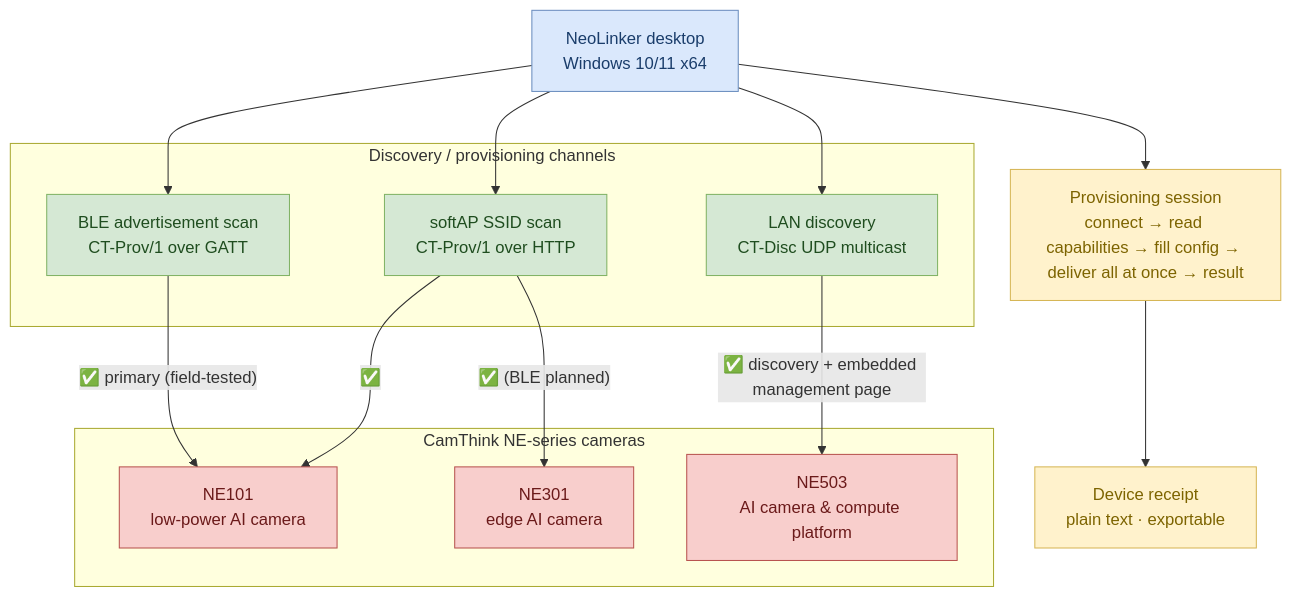
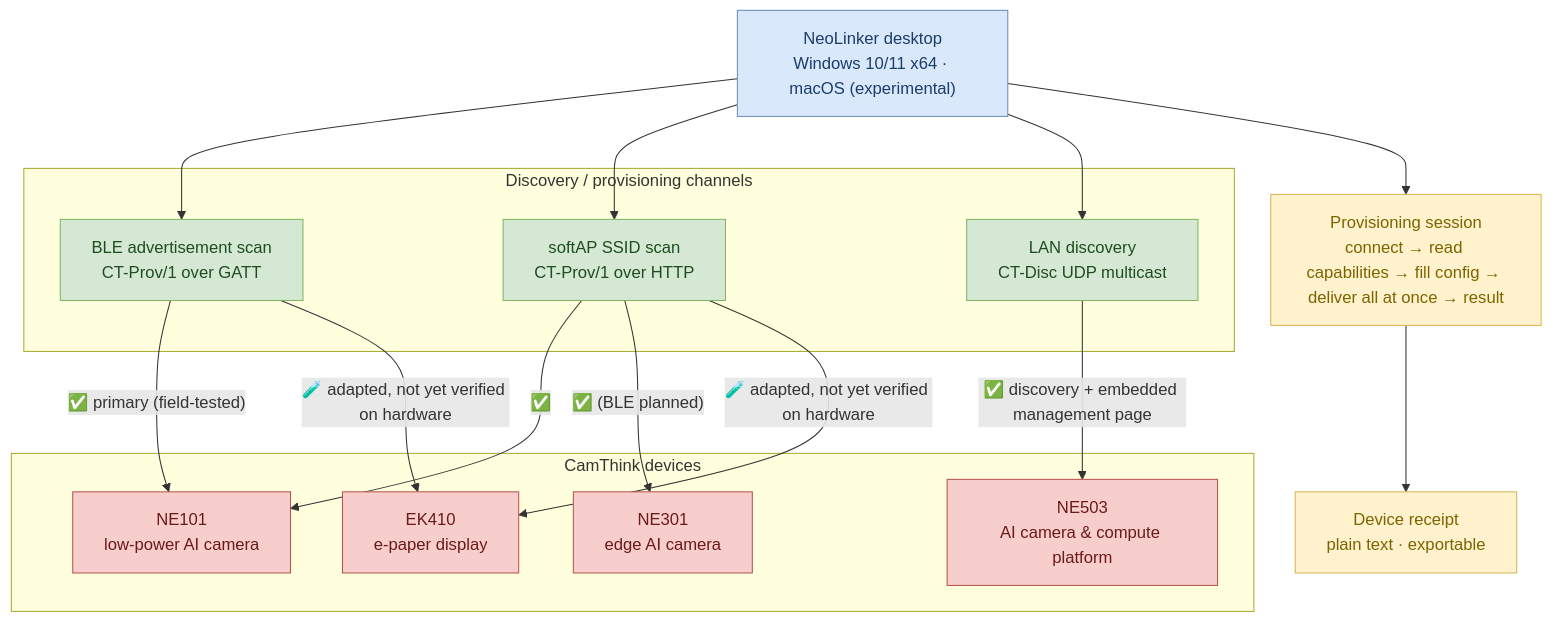
One commit to Oreofilling/wiki-documents changed the diagram in i18n/en/docusaurus-plugin-content-docs/current/7-neolinker/0-overview.md. Above: the diagram before and after it, drawn with Mermaid. The commit also changed other lines of this file and 13 other files, not shown here.

````diff
--- a/i18n/en/docusaurus-plugin-content-docs/current/7-neolinker/0-overview.md
+++ b/i18n/en/docusaurus-plugin-content-docs/current/7-neolinker/0-overview.md
@@ -28,35 +28,38 @@
 ```mermaid
 flowchart TB
-    NL["NeoLinker desktop<br/>Windows 10/11 x64"]
+    NL["NeoLinker desktop<br/>Windows 10/11 x64 · macOS (experimental)"]
 
     subgraph CH ["Discovery / provisioning channels"]
         BLE["BLE advertisement scan<br/>CT-Prov/1 over GATT"]
         AP["softAP SSID scan<br/>CT-Prov/1 over HTTP"]
         LAN["LAN discovery<br/>CT-Disc UDP multicast"]
     end
 
-    subgraph DEV ["CamThink NE-series cameras"]
+    subgraph DEV ["CamThink devices"]
         NE101["NE101<br/>low-power AI camera"]
         NE301["NE301<br/>edge AI camera"]
         NE503["NE503<br/>AI camera & compute platform"]
+        EK410["EK410<br/>e-paper display"]
     end
 
     SESS["Provisioning session<br/>connect → read capabilities → fill config → deliver all at once → result"]
     RCT["Device receipt<br/>plain text · exportable"]
 
     NL --> BLE & AP & LAN
     BLE -->|"✅ primary (field-tested)"| NE101
     AP  -->|"✅"| NE101
     AP  -->|"✅ (BLE planned)"| NE301
     LAN -->|"✅ discovery + embedded management page"| NE503
+    BLE -->|"🧪 adapted, not yet verified on hardware"| EK410
+    AP  -->|"🧪 adapted, not yet verified on hardware"| EK410
     NL --> SESS --> RCT
 
     classDef toolNode fill:#dae8fc,stroke:#6c8ebf,color:#1a3d6b
     classDef chanNode fill:#d5e8d4,stroke:#82b366,color:#1f4d1f
     classDef devNode fill:#f8cecc,stroke:#b85450,color:#6b1a1a
     classDef flowNode fill:#fff2cc,stroke:#d6b656,color:#7d6400
     class NL toolNode
     class BLE,AP,LAN chanNode
-    class NE101,NE301,NE503 devNode
+    class NE101,NE301,NE503,EK410 devNode
     class SESS,RCT flowNode
 ```
````
